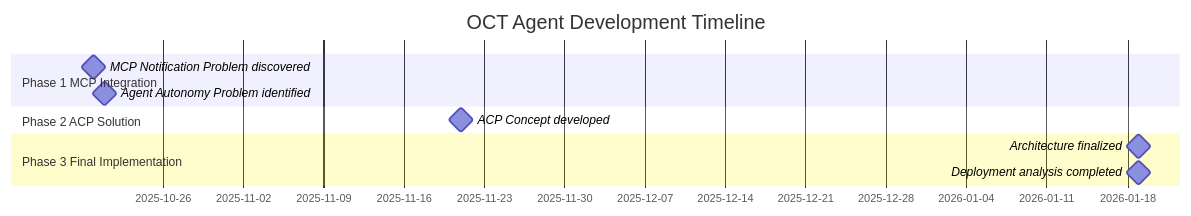
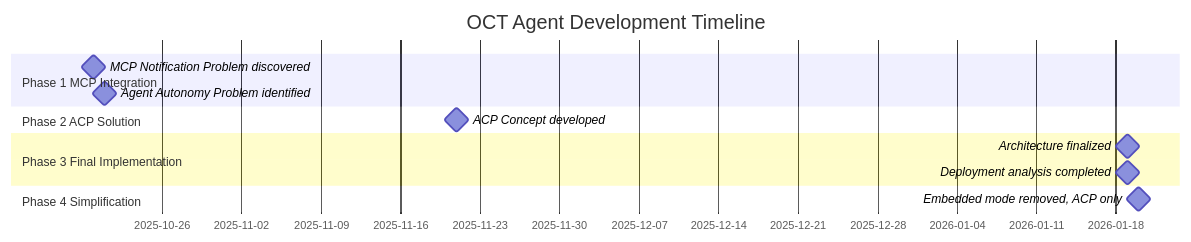
Before and after one commit to eclipse-oct/open-collaboration-tools: the first of 6 diagrams in packages/open-collaboration-agent/DEVELOPMENT_JOURNEY.md, drawn with Mermaid. The commit also changed other lines of this file and 16 other files, not shown here.

First line of the commit message:
refactor(agent): remove embedded mode, use ACP only

````diff
--- a/packages/open-collaboration-agent/DEVELOPMENT_JOURNEY.md
+++ b/packages/open-collaboration-agent/DEVELOPMENT_JOURNEY.md
@@ -20,13 +20,15 @@
 ```mermaid
 gantt
     title OCT Agent Development Timeline
     dateFormat YYYY-MM-DD
     section Phase 1 MCP Integration
     MCP Notification Problem discovered :milestone, 2025-10-20, 0d
     Agent Autonomy Problem identified :milestone, 2025-10-21, 0d
     section Phase 2 ACP Solution
     ACP Concept developed :milestone, 2025-11-21, 0d
     section Phase 3 Final Implementation
     Architecture finalized :milestone, 2026-01-19, 0d
     Deployment analysis completed :milestone, 2026-01-19, 0d
+    section Phase 4 Simplification
+    Embedded mode removed, ACP only :milestone, 2026-01-20, 0d
 ```
````
